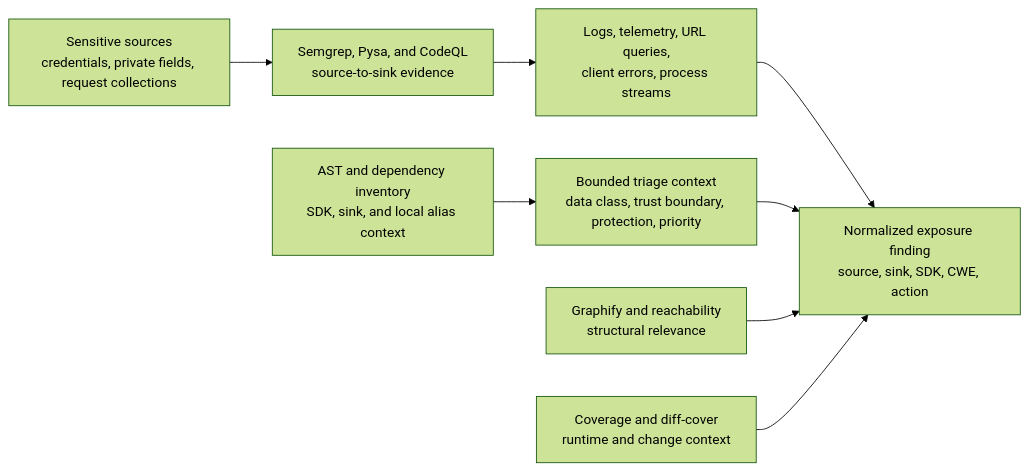
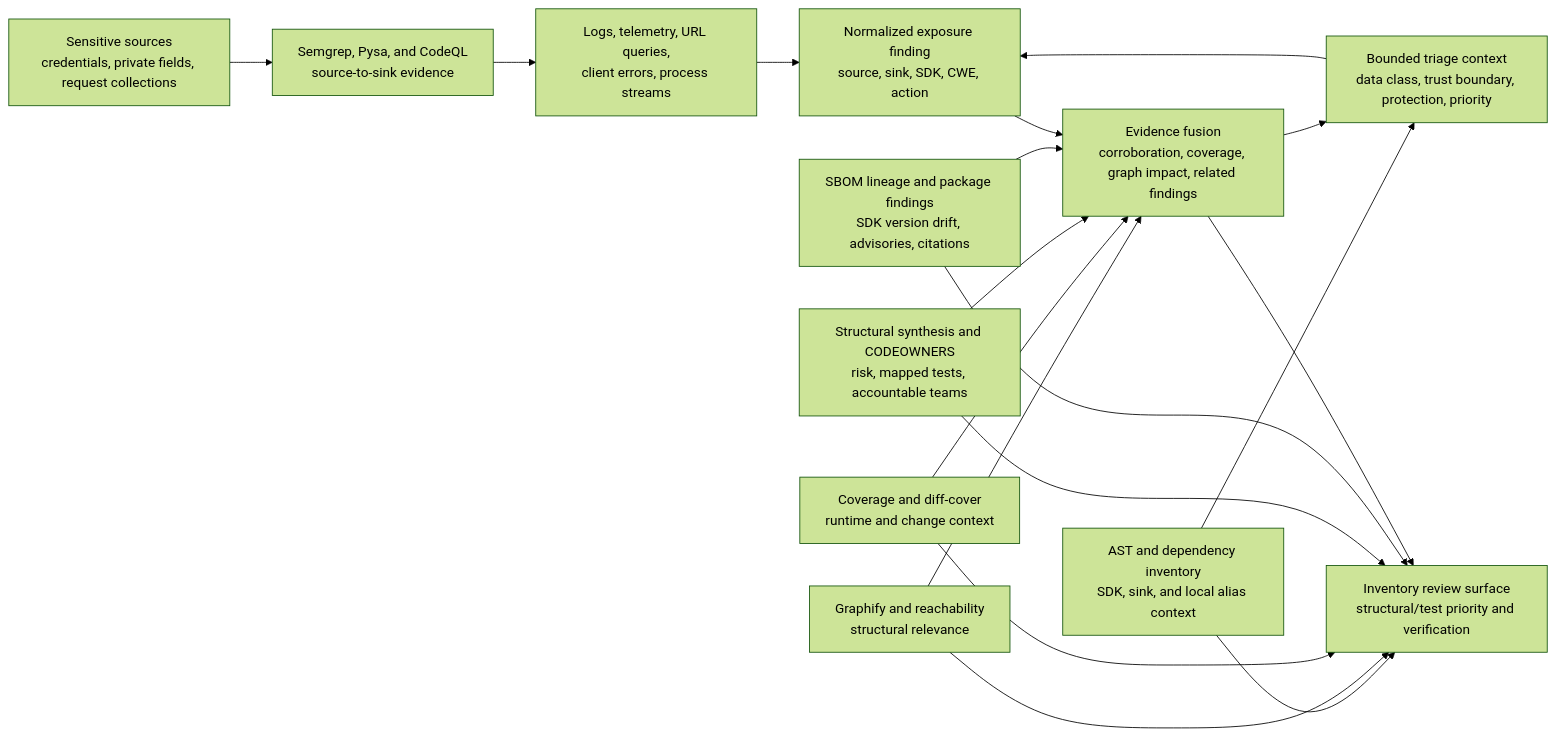
The diagram in docs/data-exposure.md (willtran87/project-py-security-suite), drawn with Mermaid (forest theme) before and after one commit. The commit also changed other lines of this file and 22 other files, not shown here.

````diff
--- a/docs/data-exposure.md
+++ b/docs/data-exposure.md
@@ -41,16 +41,29 @@
 ```mermaid
 flowchart LR
     Sources["Sensitive sources<br/>credentials, private fields, request collections"]
     Taint["Semgrep, Pysa, and CodeQL<br/>source-to-sink evidence"]
     Sinks["Logs, telemetry, URL queries,<br/>client errors, process streams"]
     SDK["AST and dependency inventory<br/>SDK, sink, and local alias context"]
     Triage["Bounded triage context<br/>data class, trust boundary, protection, priority"]
     Graph["Graphify and reachability<br/>structural relevance"]
     Tests["Coverage and diff-cover<br/>runtime and change context"]
+    Structure["Structural synthesis and CODEOWNERS<br/>risk, mapped tests, accountable teams"]
+    Supply["SBOM lineage and package findings<br/>SDK version drift, advisories, citations"]
+    Fusion["Evidence fusion<br/>corroboration, coverage, graph impact, related findings"]
+    Surface["Inventory review surface<br/>structural/test priority and verification"]
     Finding["Normalized exposure finding<br/>source, sink, SDK, CWE, action"]
 
     Sources --> Taint --> Sinks --> Finding
     SDK --> Triage --> Finding
-    Graph --> Finding
-    Tests --> Finding
+    Graph --> Fusion
+    Tests --> Fusion
+    Structure --> Fusion
+    Supply --> Fusion
+    Finding --> Fusion --> Triage
+    SDK --> Surface
+    Graph --> Surface
+    Tests --> Surface
+    Structure --> Surface
+    Supply --> Surface
+    Fusion --> Surface
 ```
````
